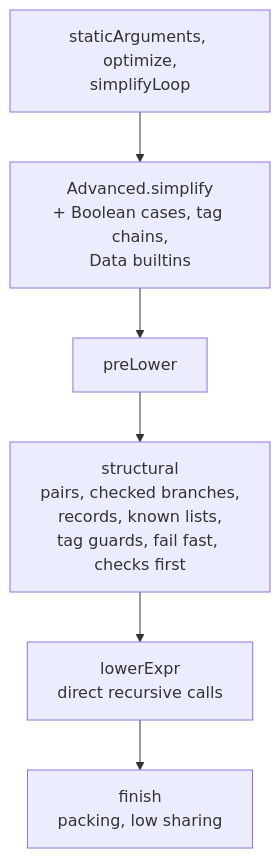
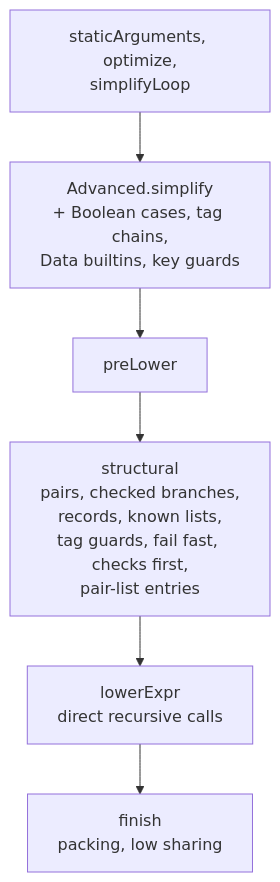
The diagram in docs/Cross-Language-Benchmark.md (SeungheonOh/Moist), drawn with Mermaid before and after one commit. The commit also changed other lines of this file and 3 other files, not shown here.

````diff
--- a/docs/Cross-Language-Benchmark.md
+++ b/docs/Cross-Language-Benchmark.md
@@ -185,8 +194,8 @@
 ```mermaid
 graph TD
-  A["staticArguments, optimize,<br>simplifyLoop"] --> B["Advanced.simplify<br>+ Boolean cases, tag chains,<br>Data builtins"]
+  A["staticArguments, optimize,<br>simplifyLoop"] --> B["Advanced.simplify<br>+ Boolean cases, tag chains,<br>Data builtins, key guards"]
   B --> C["preLower"]
-  C --> D["structural<br>pairs, checked branches,<br>records, known lists,<br>tag guards, fail fast, checks first"]
+  C --> D["structural<br>pairs, checked branches,<br>records, known lists,<br>tag guards, fail fast, checks first,<br>pair-list entries"]
   D --> E["lowerExpr<br>direct recursive calls"]
   E --> F["finish<br>packing, low sharing"]
 ```
````
